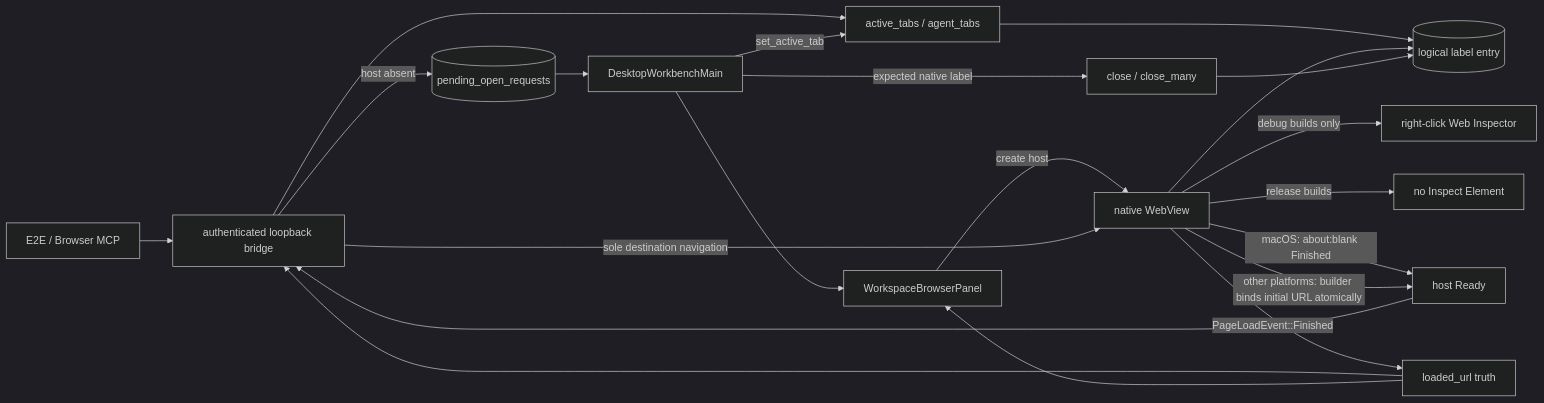
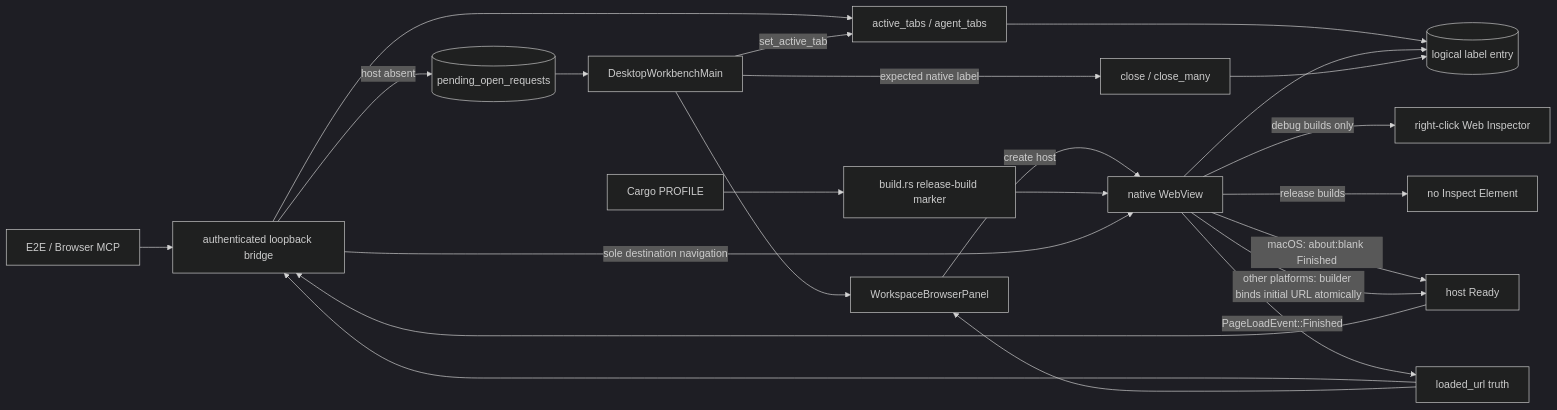
Before and after one commit to wecode-ai/Wegent: the first of 2 diagrams in docs/en/architecture/embedded-browser.md, drawn with Mermaid (dark theme). The commit also changed other lines of this file and 4 other files, not shown here.

````diff
--- a/docs/en/architecture/embedded-browser.md
+++ b/docs/en/architecture/embedded-browser.md
@@ -9,23 +9,25 @@
 ```mermaid
 flowchart LR
     CALLER[E2E / Browser MCP] --> BRIDGE[authenticated loopback bridge]
     BRIDGE --> ROUTE[active_tabs / agent_tabs]
     ROUTE --> ENTRY[(logical label entry)]
     BRIDGE -->|host absent| PENDING[(pending_open_requests)]
     PENDING --> MAIN[DesktopWorkbenchMain]
     MAIN --> PANEL[WorkspaceBrowserPanel]
     PANEL -->|create host| WEBVIEW[native WebView]
+    PROFILE[Cargo PROFILE] --> BUILD[build.rs release-build marker]
+    BUILD --> WEBVIEW
     WEBVIEW --> ENTRY
     WEBVIEW -->|debug builds only| INSPECTOR[right-click Web Inspector]
     WEBVIEW -->|release builds| NOINSPECTOR[no Inspect Element]
     WEBVIEW -->|macOS: about:blank Finished| READY[host Ready]
     WEBVIEW -->|other platforms: builder binds initial URL atomically| READY
     READY --> BRIDGE
     BRIDGE -->|sole destination navigation| WEBVIEW
     WEBVIEW -->|PageLoadEvent::Finished| LOADED[loaded_url truth]
     LOADED --> BRIDGE
     LOADED --> PANEL
     MAIN -->|set_active_tab| ROUTE
     MAIN -->|expected native label| CLOSE[close / close_many]
     CLOSE --> ENTRY
 ```
````
